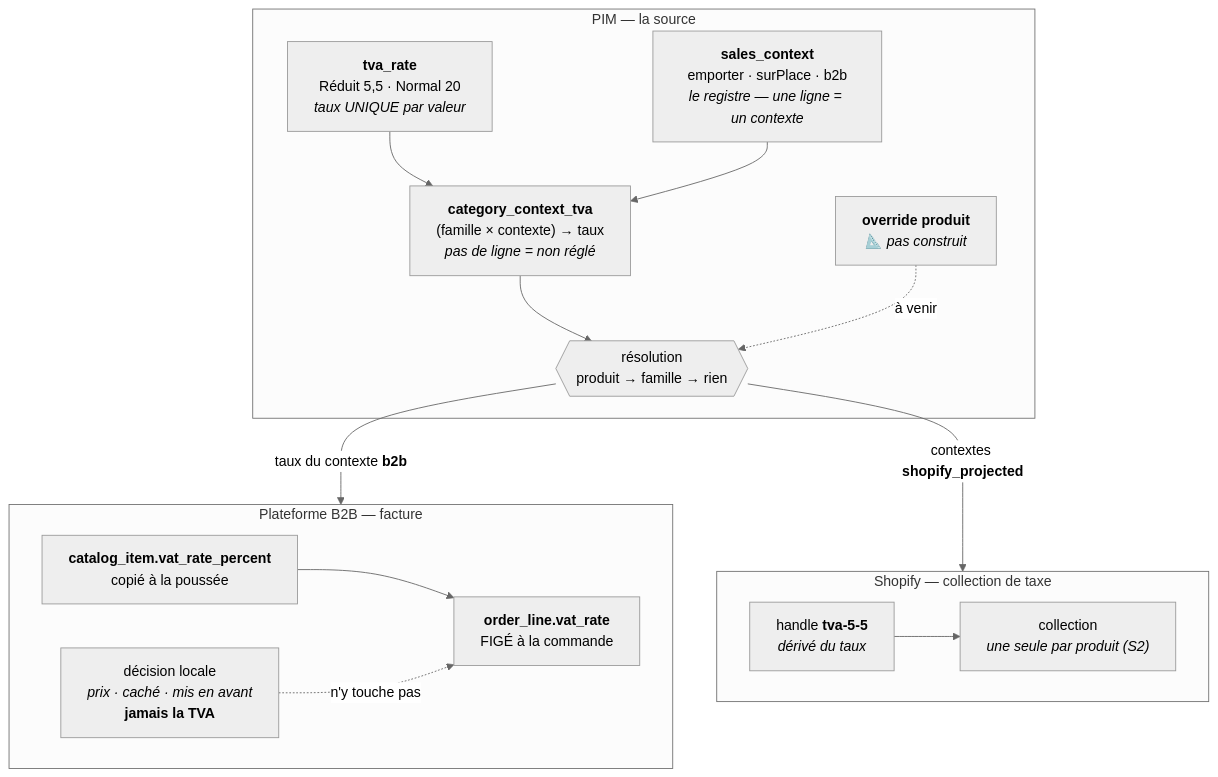
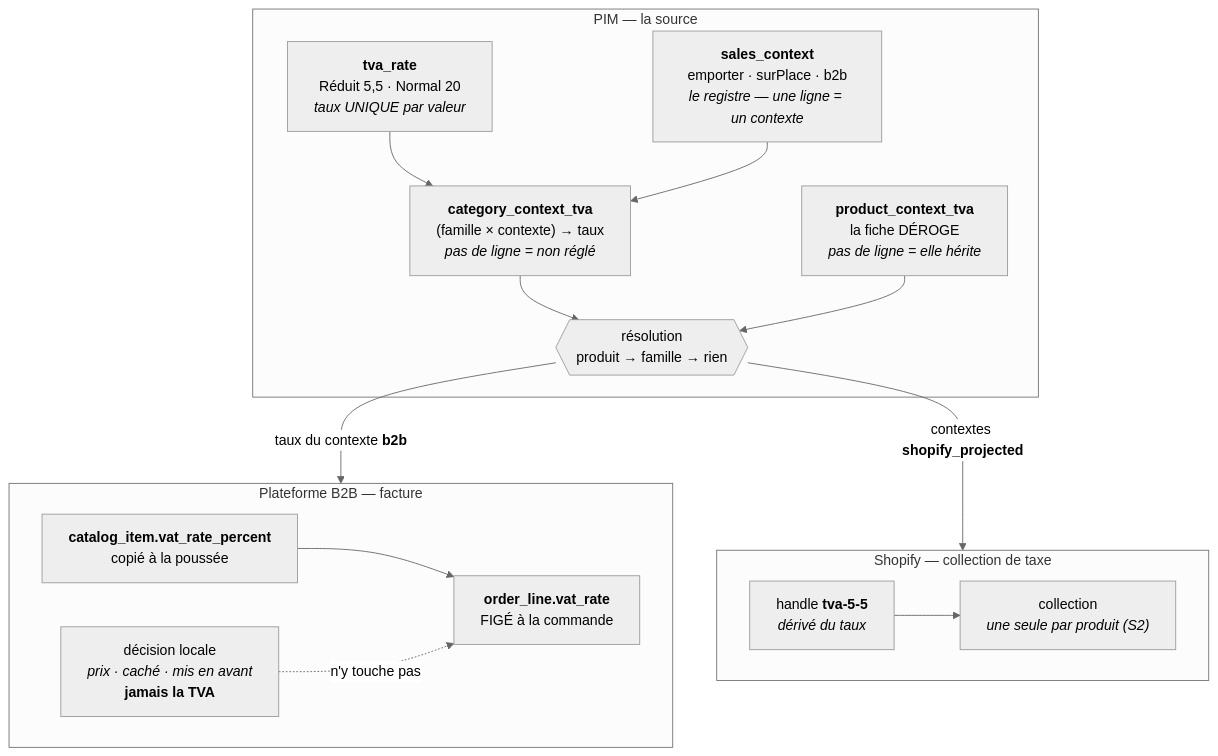
The diagram in documentation/pim/tva-resolution.md (hugoheynard/lfd), drawn with Mermaid (neutral theme) before and after one commit. The commit also changed other lines of this file and 6 other files, not shown here.

````diff
--- a/documentation/pim/tva-resolution.md
+++ b/documentation/pim/tva-resolution.md
@@ -14,30 +15,30 @@
 ```mermaid
 flowchart TD
   subgraph PIM["PIM — la source"]
     R["<b>tva_rate</b><br/>Réduit 5,5 · Normal 20<br/><i>taux UNIQUE par valeur</i>"]
     C["<b>sales_context</b><br/>emporter · surPlace · b2b<br/><i>le registre — une ligne = un contexte</i>"]
     J["<b>category_context_tva</b><br/>(famille × contexte) → taux<br/><i>pas de ligne = non réglé</i>"]
-    P["<b>override produit</b><br/><i>📐 pas construit</i>"]
+    P["<b>product_context_tva</b><br/>la fiche DÉROGE<br/><i>pas de ligne = elle hérite</i>"]
     R --> J
     C --> J
     J --> RES{{"résolution<br/>produit → famille → rien"}}
-    P -. "à venir" .-> RES
+    P --> RES
   end
 
   RES -->|"taux du contexte <b>b2b</b>"| B2B
   RES -->|"contextes <b>shopify_projected</b>"| SHOP
 
   subgraph B2B["Plateforme B2B — facture"]
     BI["<b>catalog_item.vat_rate_percent</b><br/>copié à la poussée"]
     BO["décision locale<br/><i>prix · caché · mis en avant</i><br/><b>jamais la TVA</b>"]
     BL["<b>order_line.vat_rate</b><br/>FIGÉ à la commande"]
     BI --> BL
     BO -.->|"n'y touche pas"| BL
   end
 
   subgraph SHOP["Shopify — collection de taxe"]
     SH["handle <b>tva-5-5</b><br/><i>dérivé du taux</i>"]
     SC["collection<br/><i>une seule par produit (S2)</i>"]
     SH --> SC
   end
 ```
````
